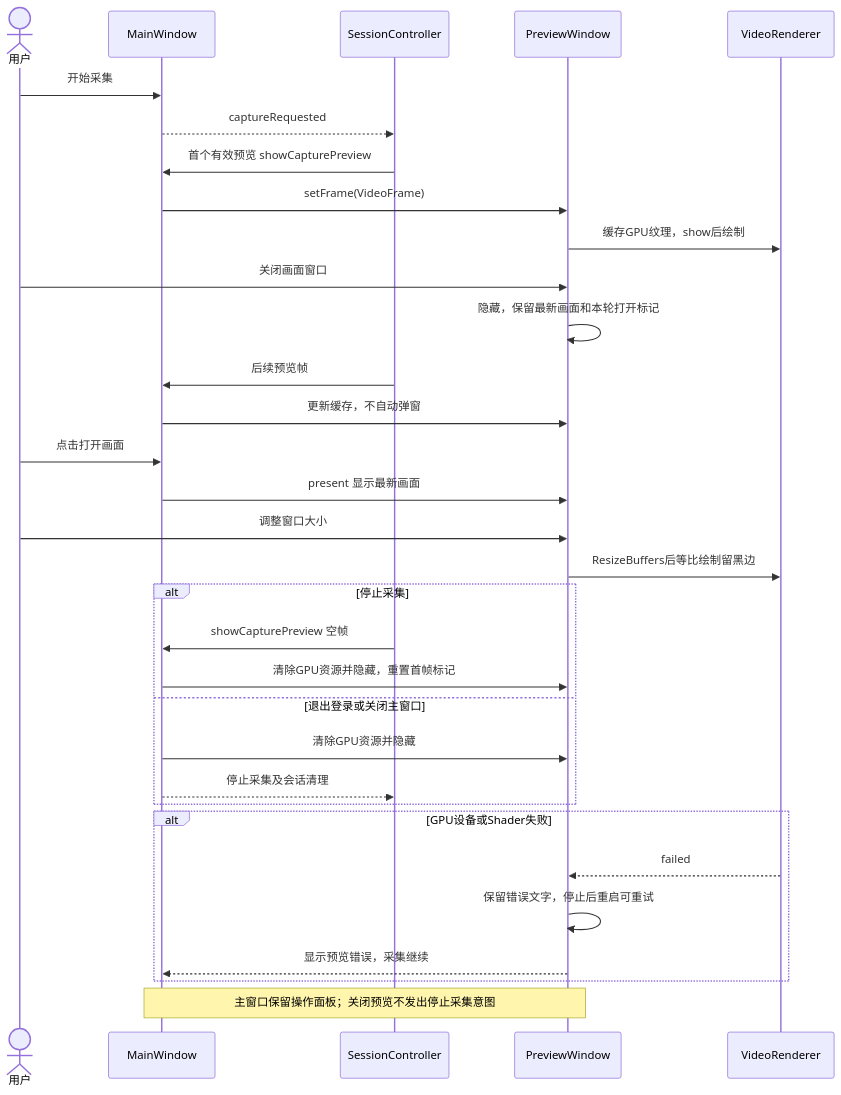
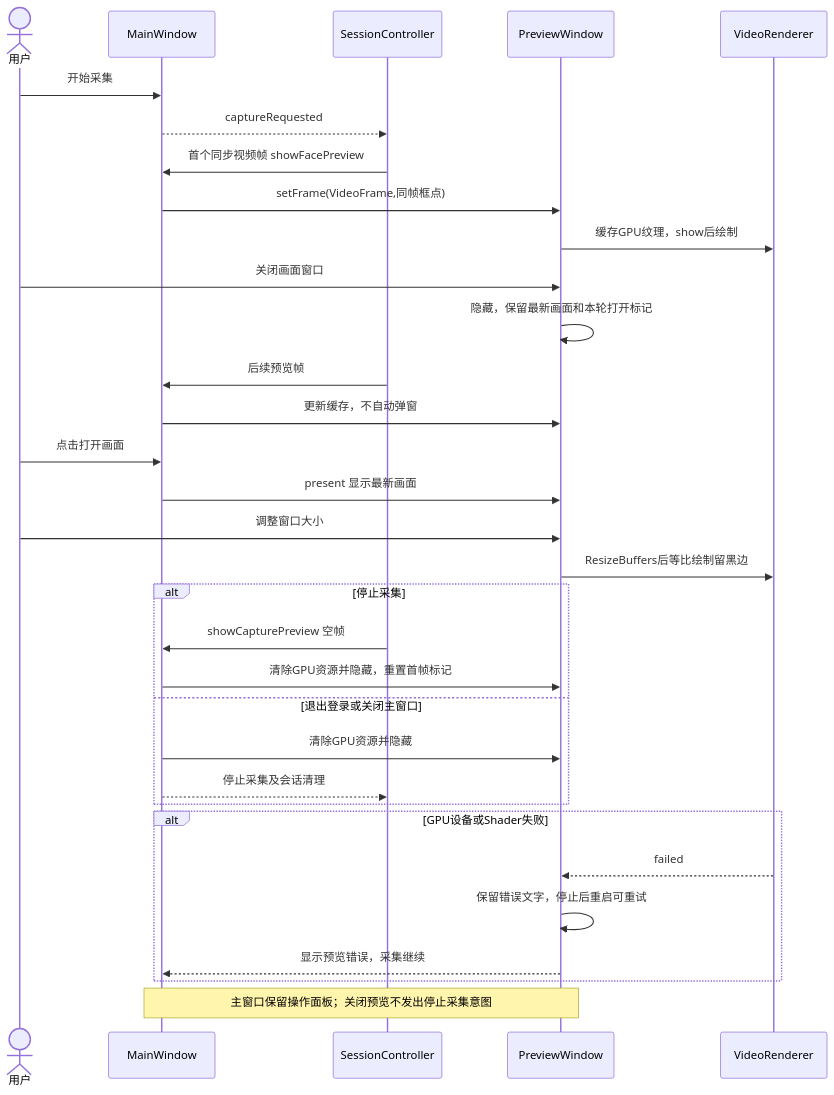
One commit to kingsman-svg/OBS changed the diagram in docs/uml/preview-window.mmd. Above: the diagram before and after it, drawn with Mermaid. The commit also changed 35 other files, not shown here.

Commit message:
Add shared audio-video timeline before encoding

```diff
--- a/docs/uml/preview-window.mmd
+++ b/docs/uml/preview-window.mmd
@@ -1,32 +1,32 @@
 sequenceDiagram
 actor U as 用户
 participant V as MainWindow
 participant C as SessionController
 participant P as PreviewWindow
 participant R as VideoRenderer
 U->>V: 开始采集
 V-->>C: captureRequested
-C->>V: 首个有效预览 showCapturePreview
-V->>P: setFrame(VideoFrame)
+C->>V: 首个同步视频帧 showFacePreview
+V->>P: setFrame(VideoFrame,同帧框点)
 P->>R: 缓存GPU纹理，show后绘制
 U->>P: 关闭画面窗口
 P->>P: 隐藏，保留最新画面和本轮打开标记
 C->>V: 后续预览帧
 V->>P: 更新缓存，不自动弹窗
 U->>V: 点击打开画面
 V->>P: present 显示最新画面
 U->>P: 调整窗口大小
 P->>R: ResizeBuffers后等比绘制留黑边
 alt 停止采集
 C->>V: showCapturePreview 空帧
 V->>P: 清除GPU资源并隐藏，重置首帧标记
 else 退出登录或关闭主窗口
 V->>P: 清除GPU资源并隐藏
 V-->>C: 停止采集及会话清理
 end
 alt GPU设备或Shader失败
 R-->>P: failed
 P->>P: 保留错误文字，停止后重启可重试
 P-->>V: 显示预览错误，采集继续
 end
 Note over V,P: 主窗口保留操作面板；关闭预览不发出停止采集意图
```
